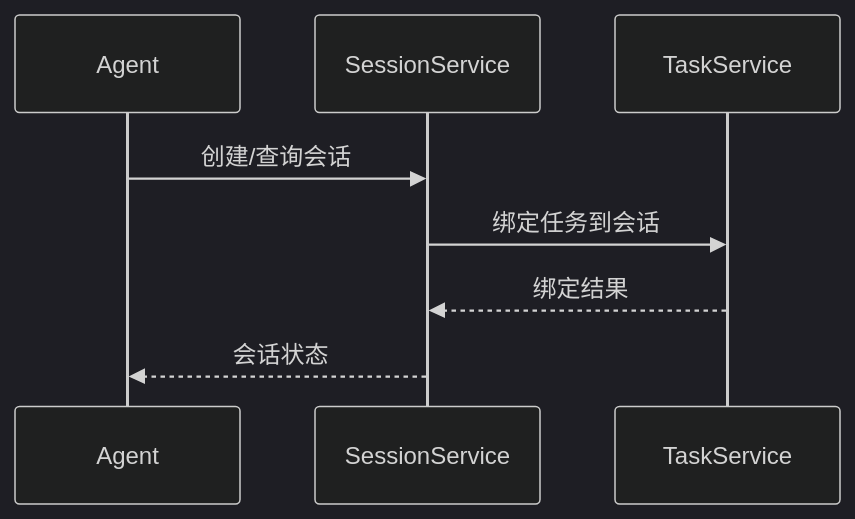
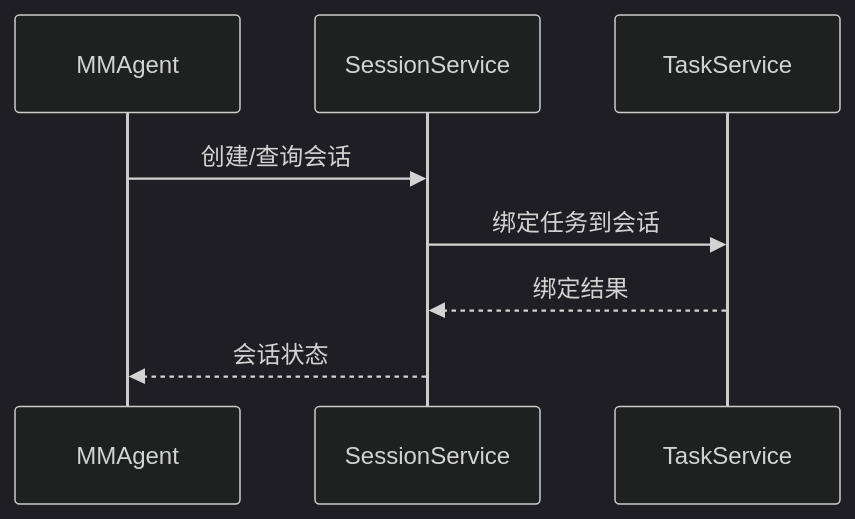
One commit to xyz11274/agentf changed diagram 17 of 17 in docs/REQUIREMENTS_ANALYSIS.md. Above: the diagram before and after it, drawn with Mermaid (dark theme). The commit also changed other lines of this file and 106 other files, not shown here.

````diff
--- a/docs/REQUIREMENTS_ANALYSIS.md
+++ b/docs/REQUIREMENTS_ANALYSIS.md
@@ -461,10 +461,10 @@
 ```mermaid
 sequenceDiagram
-    participant Agent as Agent
+    participant MMAgent as MMAgent
     participant Sess as SessionService
     participant Task as TaskService
-    Agent->>Sess: 创建/查询会话
+    MMAgent->>Sess: 创建/查询会话
     Sess->>Task: 绑定任务到会话
     Task-->>Sess: 绑定结果
-    Sess-->>Agent: 会话状态
+    Sess-->>MMAgent: 会话状态
 ```
````
